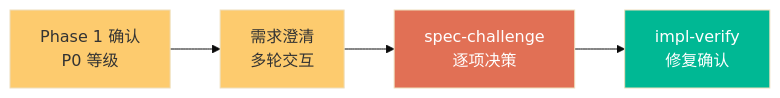
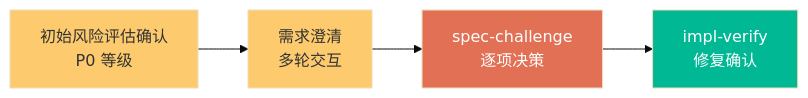
One commit to Aimeerrhythm/enterprise-change-workflow changed the eighth of 9 diagrams in docs/workflow-execution-flow.md. Above: the diagram before and after it, drawn with Mermaid (base theme). The commit also changed other lines of this file and 44 other files, not shown here.

````diff
--- a/docs/workflow-execution-flow.md
+++ b/docs/workflow-execution-flow.md
@@ -355,11 +355,11 @@
 ```mermaid
 flowchart LR
-    D1[Phase 1 确认<br/>P0 等级] --> D2[需求澄清<br/>多轮交互]
+    D1[初始风险评估确认<br/>P0 等级] --> D2[需求澄清<br/>多轮交互]
     D2 --> D3[spec-challenge<br/>逐项决策]
     D3 --> D4[impl-verify<br/>修复确认]
 
     style D1 fill:#fdcb6e
     style D2 fill:#fdcb6e
     style D3 fill:#e17055,color:#fff
     style D4 fill:#00b894,color:#fff
 ```
````
